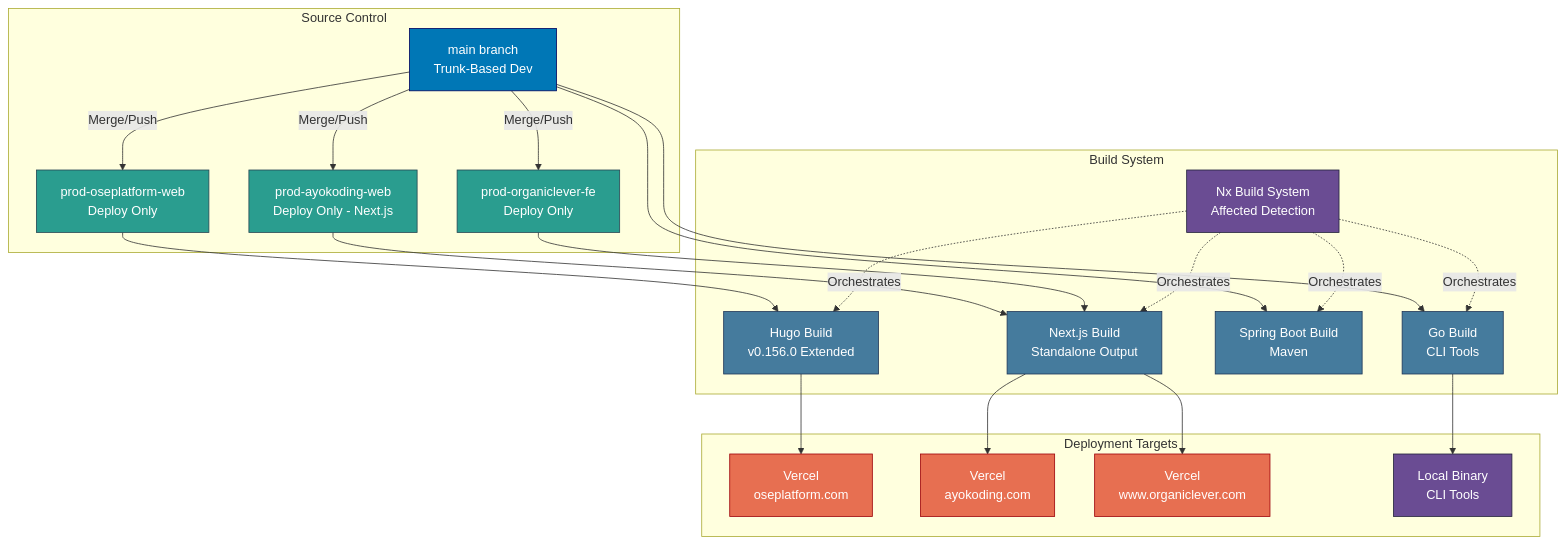
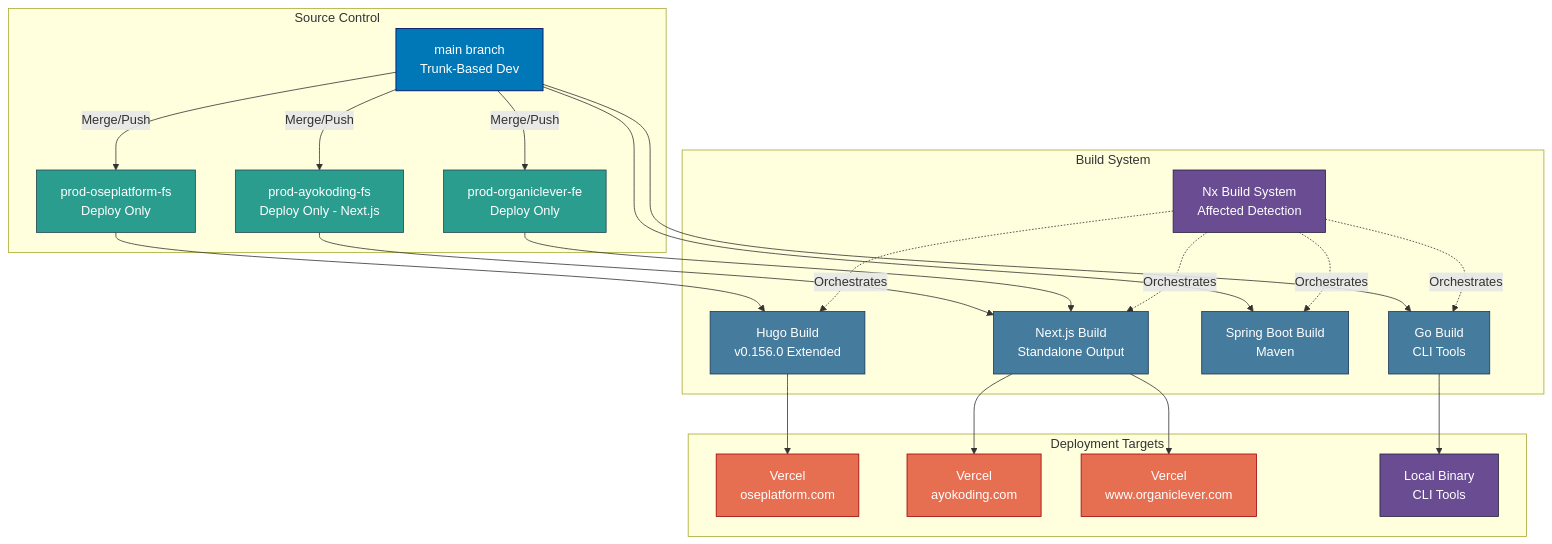
The diagram in docs/reference/system-architecture/re-syar__deployment.md (wahidyankf/open-sharia-enterprise), drawn with Mermaid before and after one commit. The commit also changed other lines of this file and 1809 other files, not shown here.

First line of the commit message:
refactor(apps): rename ayokoding-web to ayokoding-fs and oseplatform-web to oseplatform-fs

````diff
--- a/docs/reference/system-architecture/re-syar__deployment.md
+++ b/docs/reference/system-architecture/re-syar__deployment.md
@@ -19,58 +19,58 @@
 ```mermaid
 graph TB
     subgraph "Source Control"
         MAIN[main branch<br/>Trunk-Based Dev]
-        PROD_OSE[prod-oseplatform-web<br/>Deploy Only]
-        PROD_AYO[prod-ayokoding-web<br/>Deploy Only - Next.js]
+        PROD_OSE[prod-oseplatform-fs<br/>Deploy Only]
+        PROD_AYO[prod-ayokoding-fs<br/>Deploy Only - Next.js]
         PROD_OL[prod-organiclever-fe<br/>Deploy Only]
     end
 
     subgraph "Build System"
         NX_BUILD[Nx Build System<br/>Affected Detection]
         HUGO_BUILD[Hugo Build<br/>v0.156.0 Extended]
         NEXT_BUILD[Next.js Build<br/>Standalone Output]
         SPRING_BUILD[Spring Boot Build<br/>Maven]
         GO_BUILD[Go Build<br/>CLI Tools]
     end
 
     subgraph "Deployment Targets"
         VERCEL_OSE[Vercel<br/>oseplatform.com]
         VERCEL_AYO[Vercel<br/>ayokoding.com]
         VERCEL_OL[Vercel<br/>www.organiclever.com]
         LOCAL[Local Binary<br/>CLI Tools]
     end
 
     MAIN -->|Merge/Push| PROD_OSE
     MAIN -->|Merge/Push| PROD_AYO
     MAIN -->|Merge/Push| PROD_OL
 
     PROD_OSE --> HUGO_BUILD
     PROD_AYO --> NEXT_BUILD
     PROD_OL --> NEXT_BUILD
     MAIN --> GO_BUILD
     MAIN --> SPRING_BUILD
 
     HUGO_BUILD --> VERCEL_OSE
     NEXT_BUILD --> VERCEL_AYO
     NEXT_BUILD --> VERCEL_OL
     GO_BUILD --> LOCAL
 
     NX_BUILD -.->|Orchestrates| HUGO_BUILD
     NX_BUILD -.->|Orchestrates| NEXT_BUILD
     NX_BUILD -.->|Orchestrates| SPRING_BUILD
     NX_BUILD -.->|Orchestrates| GO_BUILD
 
     style MAIN fill:#0077b6,stroke:#03045e,color:#ffffff
     style PROD_OSE fill:#2a9d8f,stroke:#264653,color:#ffffff
     style PROD_AYO fill:#2a9d8f,stroke:#264653,color:#ffffff
     style PROD_OL fill:#2a9d8f,stroke:#264653,color:#ffffff
     style NX_BUILD fill:#6a4c93,stroke:#22223b,color:#ffffff
     style HUGO_BUILD fill:#457b9d,stroke:#1d3557,color:#ffffff
     style NEXT_BUILD fill:#457b9d,stroke:#1d3557,color:#ffffff
     style SPRING_BUILD fill:#457b9d,stroke:#1d3557,color:#ffffff
     style GO_BUILD fill:#457b9d,stroke:#1d3557,color:#ffffff
     style VERCEL_OSE fill:#e76f51,stroke:#9d0208,color:#ffffff
     style VERCEL_AYO fill:#e76f51,stroke:#9d0208,color:#ffffff
     style VERCEL_OL fill:#e76f51,stroke:#9d0208,color:#ffffff
     style LOCAL fill:#6a4c93,stroke:#22223b,color:#ffffff
 ```
````
